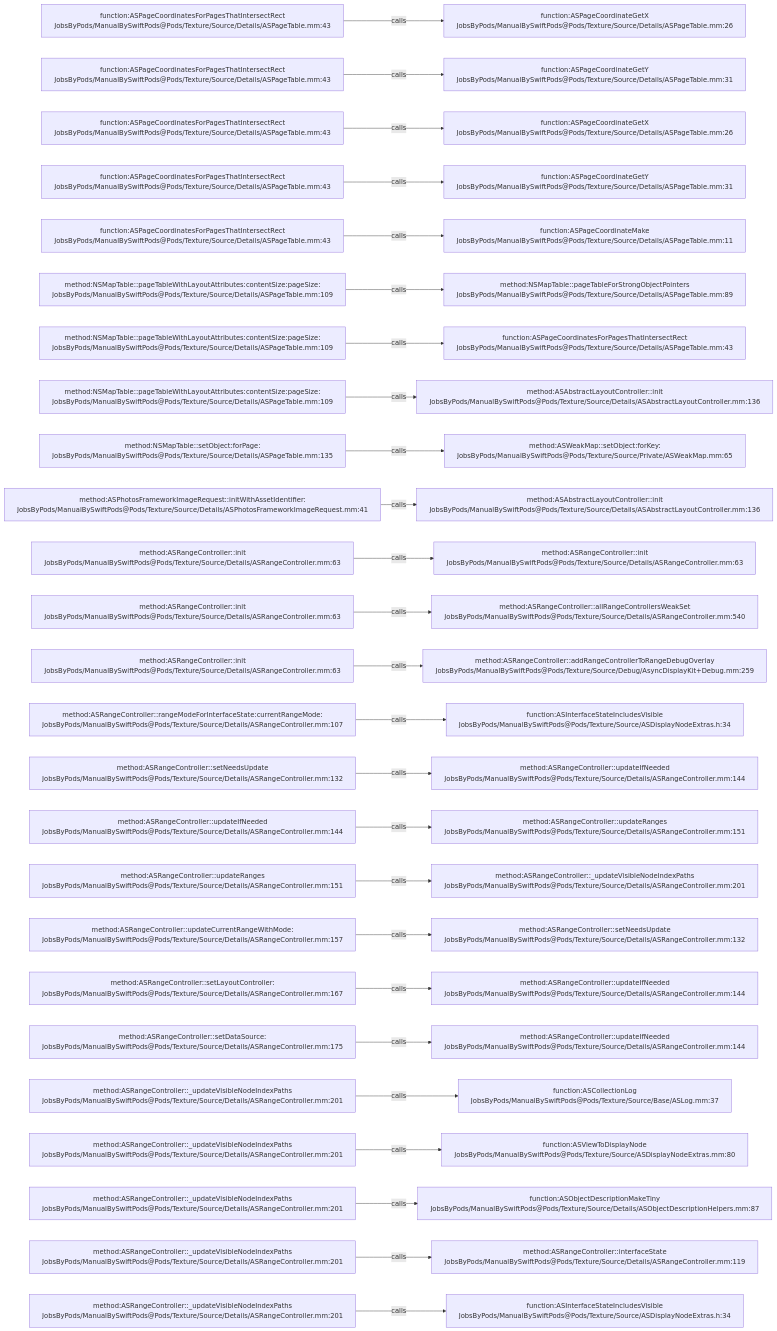
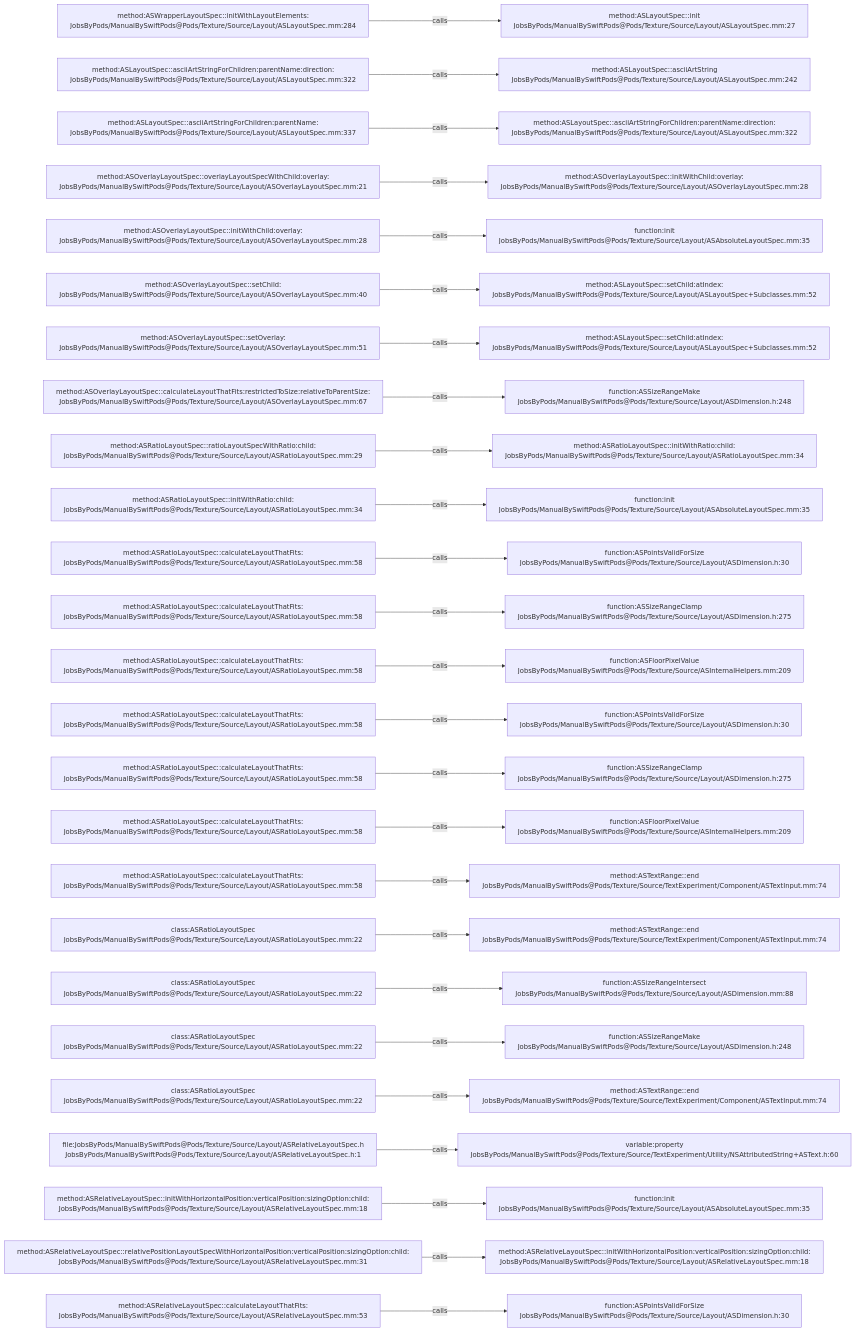
One commit to JobsKits/JobsSwiftBaseConfigDemo changed the diagram in .codegraph/codegraph.md/graphs/calls-112.md. Above: the diagram before and after it, drawn with Mermaid. The commit also changed 832 other files, not shown here.

````diff
--- a/.codegraph/codegraph.md/graphs/calls-112.md
+++ b/.codegraph/codegraph.md/graphs/calls-112.md
@@ -13,78 +13,78 @@
 ```mermaid
 flowchart LR
-  S1["function:ASPageCoordinatesForPagesThatIntersectRect<br/>JobsByPods/ManualBySwiftPods@Pods/Texture/Source/Details/ASPageTable.mm:43"]
-  T1["function:ASPageCoordinateGetX<br/>JobsByPods/ManualBySwiftPods@Pods/Texture/Source/Details/ASPageTable.mm:26"]
+  S1["method:ASWrapperLayoutSpec::initWithLayoutElements:<br/>JobsByPods/ManualBySwiftPods@Pods/Texture/Source/Layout/ASLayoutSpec.mm:284"]
+  T1["method:ASLayoutSpec::init<br/>JobsByPods/ManualBySwiftPods@Pods/Texture/Source/Layout/ASLayoutSpec.mm:27"]
   S1 -->|calls| T1
-  S2["function:ASPageCoordinatesForPagesThatIntersectRect<br/>JobsByPods/ManualBySwiftPods@Pods/Texture/Source/Details/ASPageTable.mm:43"]
-  T2["function:ASPageCoordinateGetY<br/>JobsByPods/ManualBySwiftPods@Pods/Texture/Source/Details/ASPageTable.mm:31"]
+  S2["method:ASLayoutSpec::asciiArtStringForChildren:parentName:direction:<br/>JobsByPods/ManualBySwiftPods@Pods/Texture/Source/Layout/ASLayoutSpec.mm:322"]
+  T2["method:ASLayoutSpec::asciiArtString<br/>JobsByPods/ManualBySwiftPods@Pods/Texture/Source/Layout/ASLayoutSpec.mm:242"]
   S2 -->|calls| T2
-  S3["function:ASPageCoordinatesForPagesThatIntersectRect<br/>JobsByPods/ManualBySwiftPods@Pods/Texture/Source/Details/ASPageTable.mm:43"]
-  T3["function:ASPageCoordinateGetX<br/>JobsByPods/ManualBySwiftPods@Pods/Texture/Source/Details/ASPageTable.mm:26"]
+  S3["method:ASLayoutSpec::asciiArtStringForChildren:parentName:<br/>JobsByPods/ManualBySwiftPods@Pods/Texture/Source/Layout/ASLayoutSpec.mm:337"]
+  T3["method:ASLayoutSpec::asciiArtStringForChildren:parentName:direction:<br/>JobsByPods/ManualBySwiftPods@Pods/Texture/Source/Layout/ASLayoutSpec.mm:322"]
   S3 -->|calls| T3
-  S4["function:ASPageCoordinatesForPagesThatIntersectRect<br/>JobsByPods/ManualBySwiftPods@Pods/Texture/Source/Details/ASPageTable.mm:43"]
-  T4["function:ASPageCoordinateGetY<br/>JobsByPods/ManualBySwiftPods@Pods/Texture/Source/Details/ASPageTable.mm:31"]
+  S4["method:ASOverlayLayoutSpec::overlayLayoutSpecWithChild:overlay:<br/>JobsByPods/ManualBySwiftPods@Pods/Texture/Source/Layout/ASOverlayLayoutSpec.mm:21"]
+  T4["method:ASOverlayLayoutSpec::initWithChild:overlay:<br/>JobsByPods/ManualBySwiftPods@Pods/Texture/Source/Layout/ASOverlayLayoutSpec.mm:28"]
   S4 -->|calls| T4
-  S5["function:ASPageCoordinatesForPagesThatIntersectRect<br/>JobsByPods/ManualBySwiftPods@Pods/Texture/Source/Details/ASPageTable.mm:43"]
-  T5["function:ASPageCoordinateMake<br/>JobsByPods/ManualBySwiftPods@Pods/Texture/Source/Details/ASPageTable.mm:11"]
+  S5["method:ASOverlayLayoutSpec::initWithChild:overlay:<br/>JobsByPods/ManualBySwiftPods@Pods/Texture/Source/Layout/ASOverlayLayoutSpec.mm:28"]
+  T5["function:init<br/>JobsByPods/ManualBySwiftPods@Pods/Texture/Source/Layout/ASAbsoluteLayoutSpec.mm:35"]
   S5 -->|calls| T5
-  S6["method:NSMapTable::pageTableWithLayoutAttributes:contentSize:pageSize:<br/>JobsByPods/ManualBySwiftPods@Pods/Texture/Source/Details/ASPageTable.mm:109"]
-  T6["method:NSMapTable::pageTableForStrongObjectPointers<br/>JobsByPods/ManualBySwiftPods@Pods/Texture/Source/Details/ASPageTable.mm:89"]
+  S6["method:ASOverlayLayoutSpec::setChild:<br/>JobsByPods/ManualBySwiftPods@Pods/Texture/Source/Layout/ASOverlayLayoutSpec.mm:40"]
+  T6["method:ASLayoutSpec::setChild:atIndex:<br/>JobsByPods/ManualBySwiftPods@Pods/Texture/Source/Layout/ASLayoutSpec+Subclasses.mm:52"]
   S6 -->|calls| T6
-  S7["method:NSMapTable::pageTableWithLayoutAttributes:contentSize:pageSize:<br/>JobsByPods/ManualBySwiftPods@Pods/Texture/Source/Details/ASPageTable.mm:109"]
-  T7["function:ASPageCoordinatesForPagesThatIntersectRect<br/>JobsByPods/ManualBySwiftPods@Pods/Texture/Source/Details/ASPageTable.mm:43"]
+  S7["method:ASOverlayLayoutSpec::setOverlay:<br/>JobsByPods/ManualBySwiftPods@Pods/Texture/Source/Layout/ASOverlayLayoutSpec.mm:51"]
+  T7["method:ASLayoutSpec::setChild:atIndex:<br/>JobsByPods/ManualBySwiftPods@Pods/Texture/Source/Layout/ASLayoutSpec+Subclasses.mm:52"]
   S7 -->|calls| T7
-  S8["method:NSMapTable::pageTableWithLayoutAttributes:contentSize:pageSize:<br/>JobsByPods/ManualBySwiftPods@Pods/Texture/Source/Details/ASPageTable.mm:109"]
-  T8["method:ASAbstractLayoutController::init<br/>JobsByPods/ManualBySwiftPods@Pods/Texture/Source/Details/ASAbstractLayoutController.mm:136"]
+  S8["method:ASOverlayLayoutSpec::calculateLayoutThatFits:restrictedToSize:relativeToParentSize:<br/>JobsByPods/ManualBySwiftPods@Pods/Texture/Source/Layout/ASOverlayLayoutSpec.mm:67"]
+  T8["function:ASSizeRangeMake<br/>JobsByPods/ManualBySwiftPods@Pods/Texture/Source/Layout/ASDimension.h:248"]
   S8 -->|calls| T8
-  S9["method:NSMapTable::setObject:forPage:<br/>JobsByPods/ManualBySwiftPods@Pods/Texture/Source/Details/ASPageTable.mm:135"]
-  T9["method:ASWeakMap::setObject:forKey:<br/>JobsByPods/ManualBySwiftPods@Pods/Texture/Source/Private/ASWeakMap.mm:65"]
+  S9["method:ASRatioLayoutSpec::ratioLayoutSpecWithRatio:child:<br/>JobsByPods/ManualBySwiftPods@Pods/Texture/Source/Layout/ASRatioLayoutSpec.mm:29"]
+  T9["method:ASRatioLayoutSpec::initWithRatio:child:<br/>JobsByPods/ManualBySwiftPods@Pods/Texture/Source/Layout/ASRatioLayoutSpec.mm:34"]
   S9 -->|calls| T9
-  S10["method:ASPhotosFrameworkImageRequest::initWithAssetIdentifier:<br/>JobsByPods/ManualBySwiftPods@Pods/Texture/Source/Details/ASPhotosFrameworkImageRequest.mm:41"]
-  T10["method:ASAbstractLayoutController::init<br/>JobsByPods/ManualBySwiftPods@Pods/Texture/Source/Details/ASAbstractLayoutController.mm:136"]
+  S10["method:ASRatioLayoutSpec::initWithRatio:child:<br/>JobsByPods/ManualBySwiftPods@Pods/Texture/Source/Layout/ASRatioLayoutSpec.mm:34"]
+  T10["function:init<br/>JobsByPods/ManualBySwiftPods@Pods/Texture/Source/Layout/ASAbsoluteLayoutSpec.mm:35"]
   S10 -->|calls| T10
-  S11["method:ASRangeController::init<br/>JobsByPods/ManualBySwiftPods@Pods/Texture/Source/Details/ASRangeController.mm:63"]
-  T11["method:ASRangeController::init<br/>JobsByPods/ManualBySwiftPods@Pods/Texture/Source/Details/ASRangeController.mm:63"]
+  S11["method:ASRatioLayoutSpec::calculateLayoutThatFits:<br/>JobsByPods/ManualBySwiftPods@Pods/Texture/Source/Layout/ASRatioLayoutSpec.mm:58"]
+  T11["function:ASPointsValidForSize<br/>JobsByPods/ManualBySwiftPods@Pods/Texture/Source/Layout/ASDimension.h:30"]
   S11 -->|calls| T11
-  S12["method:ASRangeController::init<br/>JobsByPods/ManualBySwiftPods@Pods/Texture/Source/Details/ASRangeController.mm:63"]
-  T12["method:ASRangeController::allRangeControllersWeakSet<br/>JobsByPods/ManualBySwiftPods@Pods/Texture/Source/Details/ASRangeController.mm:540"]
+  S12["method:ASRatioLayoutSpec::calculateLayoutThatFits:<br/>JobsByPods/ManualBySwiftPods@Pods/Texture/Source/Layout/ASRatioLayoutSpec.mm:58"]
+  T12["function:ASSizeRangeClamp<br/>JobsByPods/ManualBySwiftPods@Pods/Texture/Source/Layout/ASDimension.h:275"]
   S12 -->|calls| T12
-  S13["method:ASRangeController::init<br/>JobsByPods/ManualBySwiftPods@Pods/Texture/Source/Details/ASRangeController.mm:63"]
-  T13["method:ASRangeController::addRangeControllerToRangeDebugOverlay<br/>JobsByPods/ManualBySwiftPods@Pods/Texture/Source/Debug/AsyncDisplayKit+Debug.mm:259"]
+  S13["method:ASRatioLayoutSpec::calculateLayoutThatFits:<br/>JobsByPods/ManualBySwiftPods@Pods/Texture/Source/Layout/ASRatioLayoutSpec.mm:58"]
+  T13["function:ASFloorPixelValue<br/>JobsByPods/ManualBySwiftPods@Pods/Texture/Source/ASInternalHelpers.mm:209"]
   S13 -->|calls| T13
-  S14["method:ASRangeController::rangeModeForInterfaceState:currentRangeMode:<br/>JobsByPods/ManualBySwiftPods@Pods/Texture/Source/Details/ASRangeController.mm:107"]
-  T14["function:ASInterfaceStateIncludesVisible<br/>JobsByPods/ManualBySwiftPods@Pods/Texture/Source/ASDisplayNodeExtras.h:34"]
+  S14["method:ASRatioLayoutSpec::calculateLayoutThatFits:<br/>JobsByPods/ManualBySwiftPods@Pods/Texture/Source/Layout/ASRatioLayoutSpec.mm:58"]
+  T14["function:ASPointsValidForSize<br/>JobsByPods/ManualBySwiftPods@Pods/Texture/Source/Layout/ASDimension.h:30"]
   S14 -->|calls| T14
-  S15["method:ASRangeController::setNeedsUpdate<br/>JobsByPods/ManualBySwiftPods@Pods/Texture/Source/Details/ASRangeController.mm:132"]
-  T15["method:ASRangeController::updateIfNeeded<br/>JobsByPods/ManualBySwiftPods@Pods/Texture/Source/Details/ASRangeController.mm:144"]
+  S15["method:ASRatioLayoutSpec::calculateLayoutThatFits:<br/>JobsByPods/ManualBySwiftPods@Pods/Texture/Source/Layout/ASRatioLayoutSpec.mm:58"]
+  T15["function:ASSizeRangeClamp<br/>JobsByPods/ManualBySwiftPods@Pods/Texture/Source/Layout/ASDimension.h:275"]
   S15 -->|calls| T15
-  S16["method:ASRangeController::updateIfNeeded<br/>JobsByPods/ManualBySwiftPods@Pods/Texture/Source/Details/ASRangeController.mm:144"]
-  T16["method:ASRangeController::updateRanges<br/>JobsByPods/ManualBySwiftPods@Pods/Texture/Source/Details/ASRangeController.mm:151"]
+  S16["method:ASRatioLayoutSpec::calculateLayoutThatFits:<br/>JobsByPods/ManualBySwiftPods@Pods/Texture/Source/Layout/ASRatioLayoutSpec.mm:58"]
+  T16["function:ASFloorPixelValue<br/>JobsByPods/ManualBySwiftPods@Pods/Texture/Source/ASInternalHelpers.mm:209"]
   S16 -->|calls| T16
-  S17["method:ASRangeController::updateRanges<br/>JobsByPods/ManualBySwiftPods@Pods/Texture/Source/Details/ASRangeController.mm:151"]
-  T17["method:ASRangeController::_updateVisibleNodeIndexPaths<br/>JobsByPods/ManualBySwiftPods@Pods/Texture/Source/Details/ASRangeController.mm:201"]
+  S17["method:ASRatioLayoutSpec::calculateLayoutThatFits:<br/>JobsByPods/ManualBySwiftPods@Pods/Texture/Source/Layout/ASRatioLayoutSpec.mm:58"]
+  T17["method:ASTextRange::end<br/>JobsByPods/ManualBySwiftPods@Pods/Texture/Source/TextExperiment/Component/ASTextInput.mm:74"]
   S17 -->|calls| T17
-  S18["method:ASRangeController::updateCurrentRangeWithMode:<br/>JobsByPods/ManualBySwiftPods@Pods/Texture/Source/Details/ASRangeController.mm:157"]
-  T18["method:ASRangeController::setNeedsUpdate<br/>JobsByPods/ManualBySwiftPods@Pods/Texture/Source/Details/ASRangeController.mm:132"]
+  S18["class:ASRatioLayoutSpec<br/>JobsByPods/ManualBySwiftPods@Pods/Texture/Source/Layout/ASRatioLayoutSpec.mm:22"]
+  T18["method:ASTextRange::end<br/>JobsByPods/ManualBySwiftPods@Pods/Texture/Source/TextExperiment/Component/ASTextInput.mm:74"]
   S18 -->|calls| T18
-  S19["method:ASRangeController::setLayoutController:<br/>JobsByPods/ManualBySwiftPods@Pods/Texture/Source/Details/ASRangeController.mm:167"]
-  T19["method:ASRangeController::updateIfNeeded<br/>JobsByPods/ManualBySwiftPods@Pods/Texture/Source/Details/ASRangeController.mm:144"]
+  S19["class:ASRatioLayoutSpec<br/>JobsByPods/ManualBySwiftPods@Pods/Texture/Source/Layout/ASRatioLayoutSpec.mm:22"]
+  T19["function:ASSizeRangeIntersect<br/>JobsByPods/ManualBySwiftPods@Pods/Texture/Source/Layout/ASDimension.mm:88"]
   S19 -->|calls| T19
-  S20["method:ASRangeController::setDataSource:<br/>JobsByPods/ManualBySwiftPods@Pods/Texture/Source/Details/ASRangeController.mm:175"]
-  T20["method:ASRangeController::updateIfNeeded<br/>JobsByPods/ManualBySwiftPods@Pods/Texture/Source/Details/ASRangeController.mm:144"]
+  S20["class:ASRatioLayoutSpec<br/>JobsByPods/ManualBySwiftPods@Pods/Texture/Source/Layout/ASRatioLayoutSpec.mm:22"]
+  T20["function:ASSizeRangeMake<br/>JobsByPods/ManualBySwiftPods@Pods/Texture/Source/Layout/ASDimension.h:248"]
   S20 -->|calls| T20
-  S21["method:ASRangeController::_updateVisibleNodeIndexPaths<br/>JobsByPods/ManualBySwiftPods@Pods/Texture/Source/Details/ASRangeController.mm:201"]
-  T21["function:ASCollectionLog<br/>JobsByPods/ManualBySwiftPods@Pods/Texture/Source/Base/ASLog.mm:37"]
+  S21["class:ASRatioLayoutSpec<br/>JobsByPods/ManualBySwiftPods@Pods/Texture/Source/Layout/ASRatioLayoutSpec.mm:22"]
+  T21["method:ASTextRange::end<br/>JobsByPods/ManualBySwiftPods@Pods/Texture/Source/TextExperiment/Component/ASTextInput.mm:74"]
   S21 -->|calls| T21
-  S22["method:ASRangeController::_updateVisibleNodeIndexPaths<br/>JobsByPods/ManualBySwiftPods@Pods/Texture/Source/Details/ASRangeController.mm:201"]
-  T22["function:ASViewToDisplayNode<br/>JobsByPods/ManualBySwiftPods@Pods/Texture/Source/ASDisplayNodeExtras.mm:80"]
+  S22["file:JobsByPods/ManualBySwiftPods@Pods/Texture/Source/Layout/ASRelativeLayoutSpec.h<br/>JobsByPods/ManualBySwiftPods@Pods/Texture/Source/Layout/ASRelativeLayoutSpec.h:1"]
+  T22["variable:property<br/>JobsByPods/ManualBySwiftPods@Pods/Texture/Source/TextExperiment/Utility/NSAttributedString+ASText.h:60"]
   S22 -->|calls| T22
-  S23["method:ASRangeController::_updateVisibleNodeIndexPaths<br/>JobsByPods/ManualBySwiftPods@Pods/Texture/Source/Details/ASRangeController.mm:201"]
-  T23["function:ASObjectDescriptionMakeTiny<br/>JobsByPods/ManualBySwiftPods@Pods/Texture/Source/Details/ASObjectDescriptionHelpers.mm:87"]
+  S23["method:ASRelativeLayoutSpec::initWithHorizontalPosition:verticalPosition:sizingOption:child:<br/>JobsByPods/ManualBySwiftPods@Pods/Texture/Source/Layout/ASRelativeLayoutSpec.mm:18"]
+  T23["function:init<br/>JobsByPods/ManualBySwiftPods@Pods/Texture/Source/Layout/ASAbsoluteLayoutSpec.mm:35"]
   S23 -->|calls| T23
-  S24["method:ASRangeController::_updateVisibleNodeIndexPaths<br/>JobsByPods/ManualBySwiftPods@Pods/Texture/Source/Details/ASRangeController.mm:201"]
-  T24["method:ASRangeController::interfaceState<br/>JobsByPods/ManualBySwiftPods@Pods/Texture/Source/Details/ASRangeController.mm:119"]
+  S24["method:ASRelativeLayoutSpec::relativePositionLayoutSpecWithHorizontalPosition:verticalPosition:sizingOption:child:<br/>JobsByPods/ManualBySwiftPods@Pods/Texture/Source/Layout/ASRelativeLayoutSpec.mm:31"]
+  T24["method:ASRelativeLayoutSpec::initWithHorizontalPosition:verticalPosition:sizingOption:child:<br/>JobsByPods/ManualBySwiftPods@Pods/Texture/Source/Layout/ASRelativeLayoutSpec.mm:18"]
   S24 -->|calls| T24
-  S25["method:ASRangeController::_updateVisibleNodeIndexPaths<br/>JobsByPods/ManualBySwiftPods@Pods/Texture/Source/Details/ASRangeController.mm:201"]
-  T25["function:ASInterfaceStateIncludesVisible<br/>JobsByPods/ManualBySwiftPods@Pods/Texture/Source/ASDisplayNodeExtras.h:34"]
+  S25["method:ASRelativeLayoutSpec::calculateLayoutThatFits:<br/>JobsByPods/ManualBySwiftPods@Pods/Texture/Source/Layout/ASRelativeLayoutSpec.mm:53"]
+  T25["function:ASPointsValidForSize<br/>JobsByPods/ManualBySwiftPods@Pods/Texture/Source/Layout/ASDimension.h:30"]
   S25 -->|calls| T25
 ```
````
